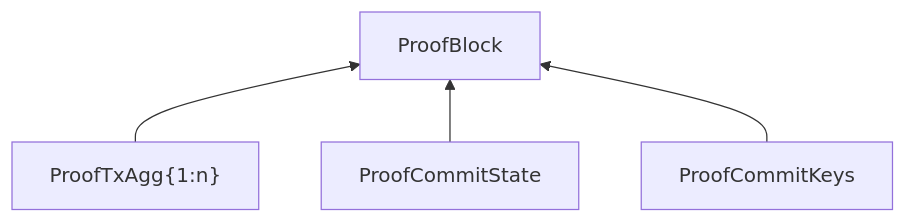
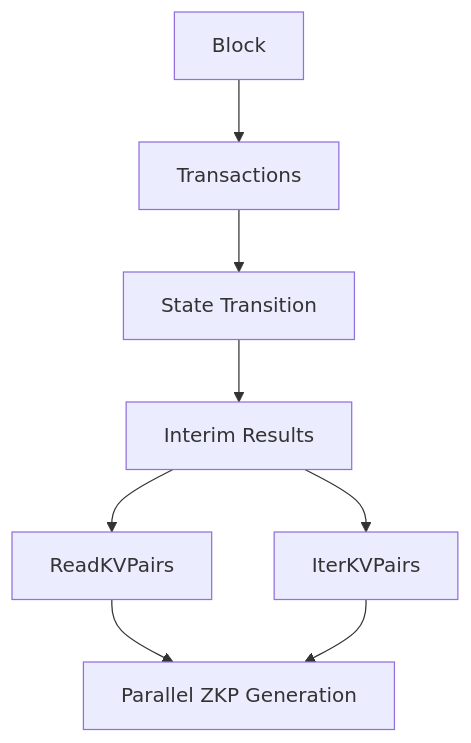
The fifth of 5 diagrams in whitepaper/whitepaper.md (sunriselayer/interliquid-sdk), drawn with Mermaid before and after one commit. The commit also changed other lines of this file, not shown here.

````diff
--- a/whitepaper/whitepaper.md
+++ b/whitepaper/whitepaper.md
@@ -491,6 +325,10 @@
-<div class="mermaid">
-graph BT
-    TxAgg[ProofTxAgg#123;1:n#125;] --> Block[ProofBlock]
-    CommitState[ProofCommitState] --> Block
-    CommitKeys[ProofCommitKeys] --> Block
-</div>
+```mermaid
+graph TD
+    A[Block] --> B[Transactions]
+    B --> C[State Transition]
+    C --> D[Interim Results]
+    D --> E[ReadKVPairs]
+    D --> F[IterKVPairs]
+    E --> G[Parallel ZKP Generation]
+    F --> G
+```
````
